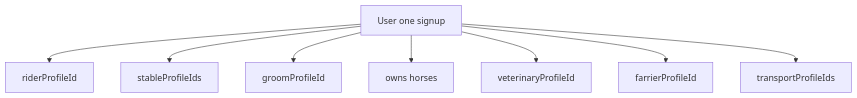
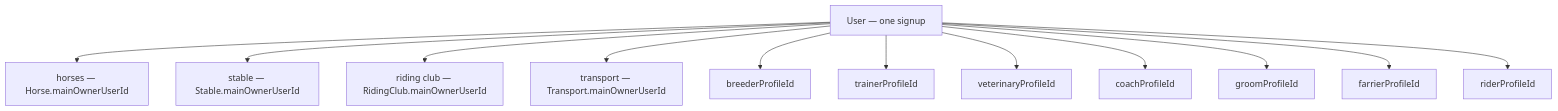
Before and after one commit to jpsm83/horse: the first of 3 diagrams in documentation/workplaceRelationship.md, drawn with Mermaid. The commit also changed other lines of this file and 45 other files, not shown here.

````diff
--- a/documentation/workplaceRelationship.md
+++ b/documentation/workplaceRelationship.md
@@ -20,11 +22,15 @@
 ```mermaid
 flowchart TB
-  User[User one signup]
+  User[User — one signup]
+  User --> Horses["horses — Horse.mainOwnerUserId"]
+  User --> Stable["stable — Stable.mainOwnerUserId"]
+  User --> RidingClub["riding club — RidingClub.mainOwnerUserId"]
+  User --> Transport["transport — Transport.mainOwnerUserId"]
+  User --> Breeder[breederProfileId]
+  User --> Trainer[trainerProfileId]
+  User --> Vet[veterinaryProfileId]
+  User --> Coach[coachProfileId]
+  User --> Groom[groomProfileId]
+  User --> Farrier[farrierProfileId]
   User --> Rider[riderProfileId]
-  User --> Stable[stableProfileIds]
-  User --> Groom[groomProfileId]
-  User --> HorseOwner[owns horses]
-  User --> Vet[veterinaryProfileId]
-  User --> Farrier[farrierProfileId]
-  User --> Transport[transportProfileIds]
 ```
````
